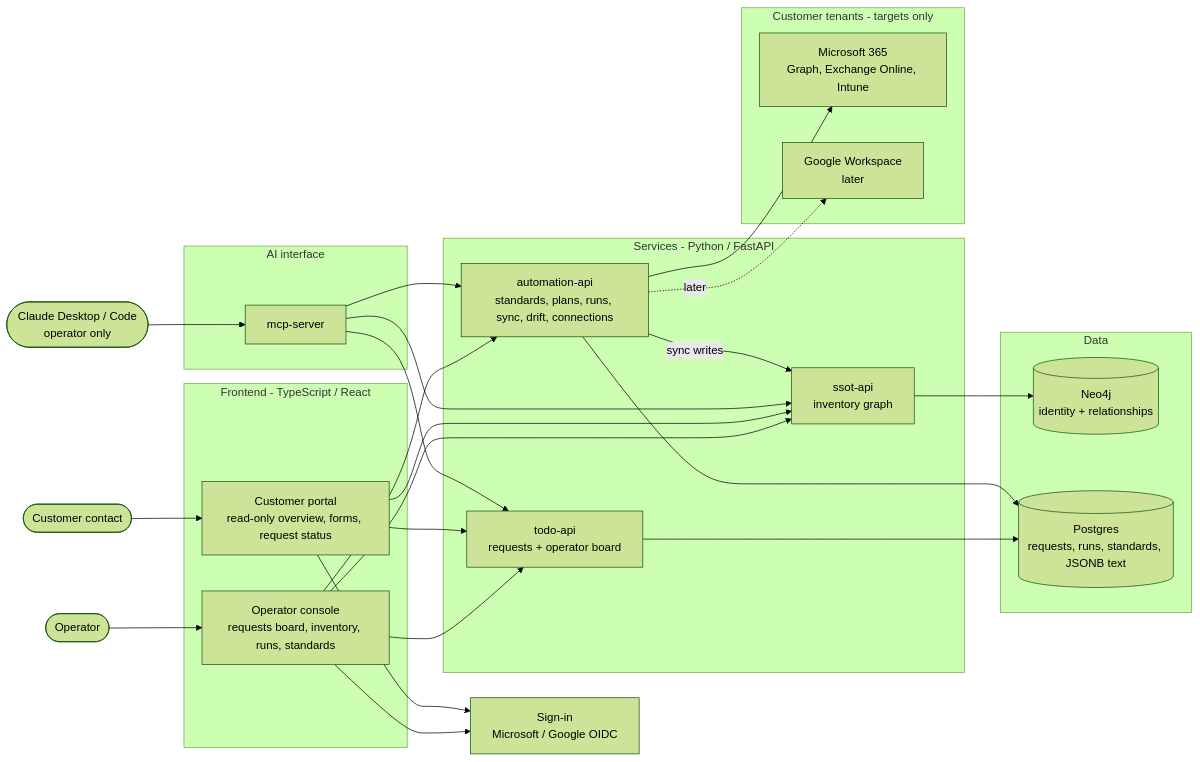
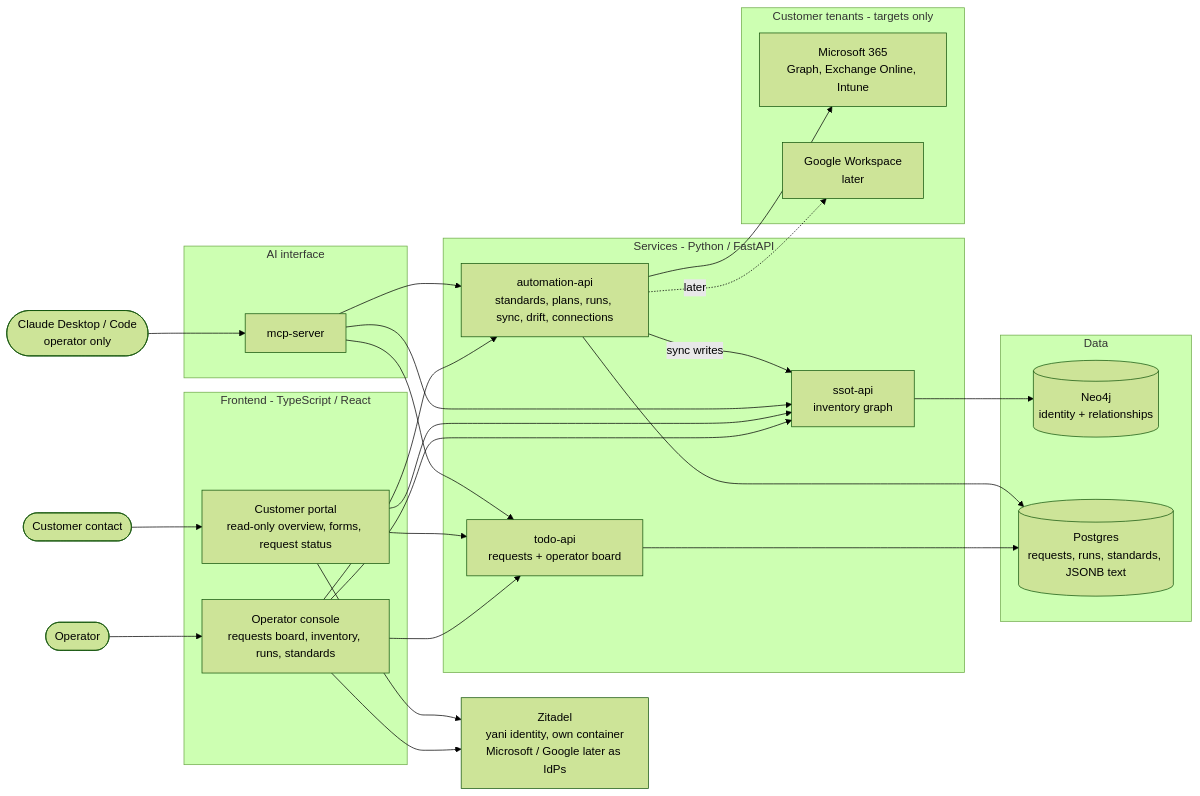
Before and after one commit to MarcHoog/Yani: the first of 3 diagrams in docs/architecture.md, drawn with Mermaid (forest theme). The commit also changed other lines of this file and 31 other files, not shown here.

First line of the commit message:
feat(auth): move identity to self-hosted Zitadel

````diff
--- a/docs/architecture.md
+++ b/docs/architecture.md
@@ -10,55 +10,55 @@
 ```mermaid
 flowchart LR
     op([Operator])
     cust([Customer contact])
     claude([Claude Desktop / Code<br/>operator only])
 
     subgraph ui [Frontend - TypeScript / React]
         console[Operator console<br/>requests board, inventory, runs, standards]
         cportal[Customer portal<br/>read-only overview, forms, request status]
     end
 
     subgraph ai [AI interface]
         mcp[mcp-server]
     end
 
     subgraph api [Services - Python / FastAPI]
         inventory[ssot-api<br/>inventory graph]
         requests[todo-api<br/>requests + operator board]
         automation[automation-api<br/>standards, plans, runs, sync, drift, connections]
     end
 
     subgraph data [Data]
         neo4j[(Neo4j<br/>identity + relationships)]
         postgres[(Postgres<br/>requests, runs, standards, JSONB text)]
     end
 
     subgraph targets [Customer tenants - targets only]
         m365[Microsoft 365<br/>Graph, Exchange Online, Intune]
         gws[Google Workspace<br/>later]
     end
 
-    idp[Sign-in<br/>Microsoft / Google OIDC]
+    idp[Zitadel<br/>yani identity, own container<br/>Microsoft / Google later as IdPs]
 
     op --> console
     cust --> cportal
     claude --> mcp
     console --> idp
     cportal --> idp
 
     console --> inventory
     console --> requests
     console --> automation
     cportal --> inventory
     cportal --> requests
     mcp --> inventory
     mcp --> requests
     mcp --> automation
 
     inventory --> neo4j
     requests --> postgres
     automation --> postgres
     automation -- sync writes --> inventory
     automation --> m365
     automation -. later .-> gws
 ```
````
